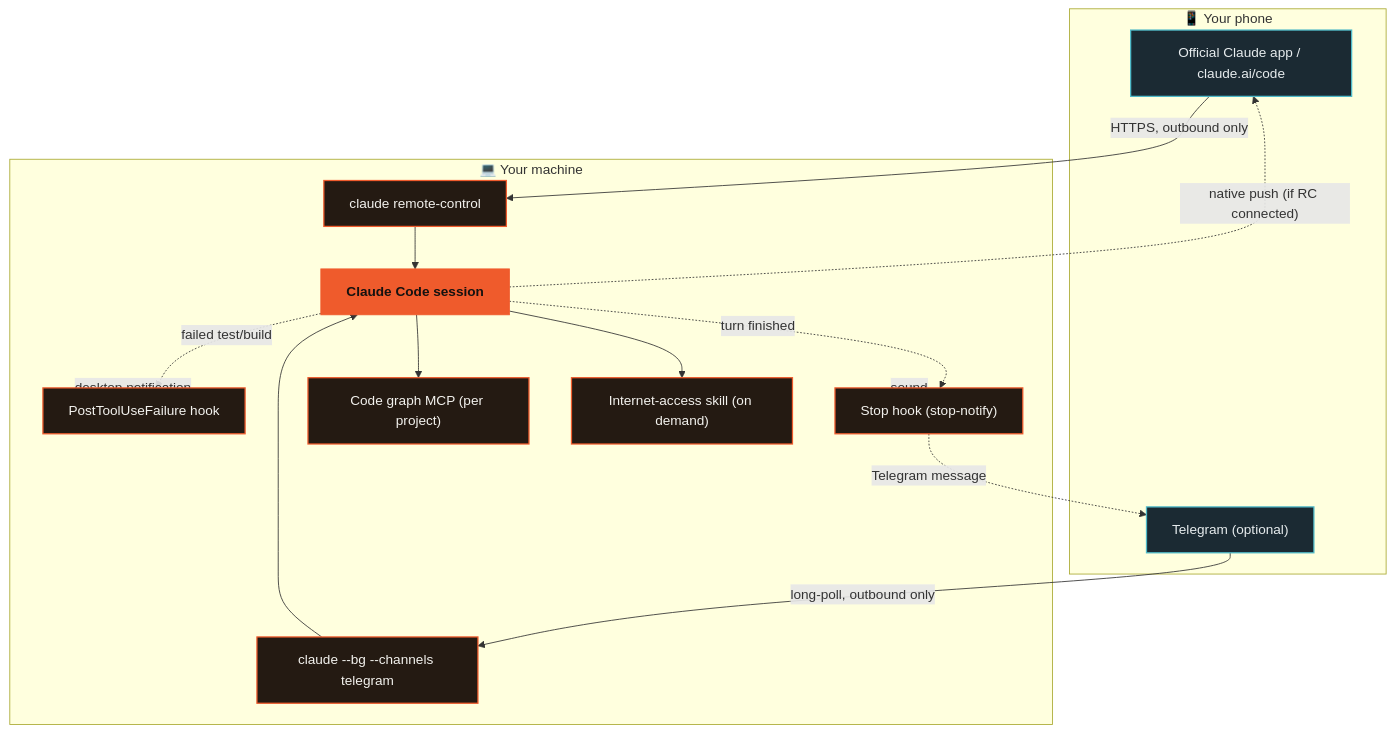
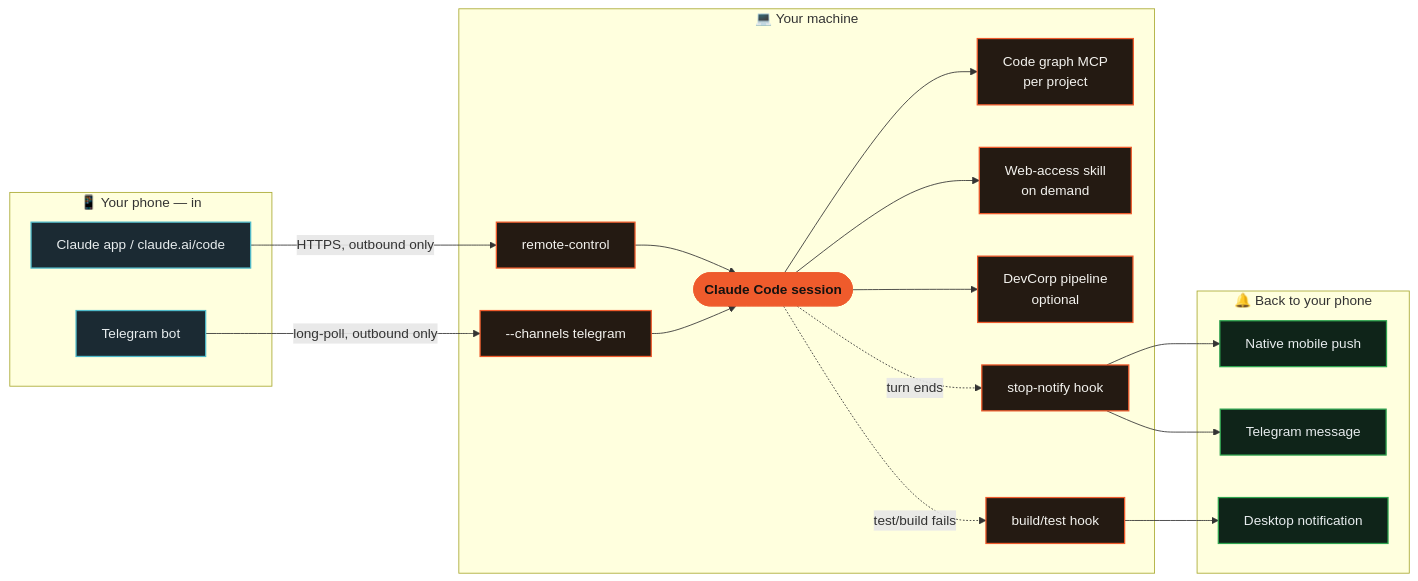
Before and after one commit to adro0303/overclaude: the diagram in README.md, drawn with Mermaid.

Commit message:
README: fix architecture diagram layout, add DevCorp node
The old flowchart had a back-edge (Claude -.-> App) looping from the
bottom of the graph up to the top-left node -- Mermaid's dagre layout
routes that as a long arc crossing over the whole diagram, which is what
made it look tangled. Restructured as a strictly left-to-right pipeline
(phone-in -> machine -> back-to-phone, each in its own subgraph) so no
edge ever points backward. Also adds the DevCorp pipeline as a node since
it's now part of what runs on the machine.

````diff
--- a/README.md
+++ b/README.md
@@ -91,37 +91,42 @@
 ```mermaid
-flowchart TB
-    subgraph Mobile["📱 Your phone"]
-        App["Official Claude app / claude.ai/code"]
-        TG["Telegram (optional)"]
+flowchart LR
+    subgraph Phone["📱 Your phone — in"]
+        App["Claude app / claude.ai/code"]
+        TG["Telegram bot"]
     end
 
     subgraph PC["💻 Your machine"]
-        RC["claude remote-control"]
-        CH["claude --bg --channels telegram"]
-        Hook["PostToolUseFailure hook"]
-        StopHook["Stop hook (stop-notify)"]
-        CBM["Code graph MCP (per project)"]
-        AR["Internet-access skill (on demand)"]
-        Claude["Claude Code session"]
+        RC["remote-control"]
+        CH["--channels telegram"]
+        Claude(["Claude Code session"])
+        CBM["Code graph MCP<br/>per project"]
+        AR["Web-access skill<br/>on demand"]
+        DC["DevCorp pipeline<br/>optional"]
+        Hook["build/test hook"]
+        StopHook["stop-notify hook"]
     end
 
-    App -- "HTTPS, outbound only" --> RC
-    TG -- "long-poll, outbound only" --> CH
-    RC --> Claude
-    CH --> Claude
+    subgraph Back["🔔 Back to your phone"]
+        Push["Native mobile push"]
+        TGmsg["Telegram message"]
+        Desk["Desktop notification"]
+    end
+
+    App -- "HTTPS, outbound only" --> RC --> Claude
+    TG -- "long-poll, outbound only" --> CH --> Claude
     Claude --> CBM
     Claude --> AR
-    Claude -. "failed test/build" .-> Hook
-    Hook -. "desktop notification" .-> PC
-    Claude -. "turn finished" .-> StopHook
-    StopHook -. "sound" .-> PC
-    StopHook -. "Telegram message" .-> TG
-    Claude -. "native push (if RC connected)" .-> App
+    Claude --> DC
+    Claude -. "test/build fails" .-> Hook --> Desk
+    Claude -. "turn ends" .-> StopHook --> TGmsg
+    StopHook --> Push
 
     classDef mobile fill:#1b2a33,stroke:#4fbac9,stroke-width:1.5px,color:#e7ecee
     classDef machine fill:#241a12,stroke:#ef5b2c,stroke-width:1.5px,color:#f3f2ee
     classDef core fill:#ef5b2c,stroke:#ef5b2c,color:#141210,font-weight:bold
+    classDef back fill:#0f2419,stroke:#2ea44f,stroke-width:1.5px,color:#e7ecee
     class App,TG mobile
-    class RC,CH,Hook,StopHook,CBM,AR machine
+    class RC,CH,Hook,StopHook,CBM,AR,DC machine
     class Claude core
+    class Push,TGmsg,Desk back
 ```
````
